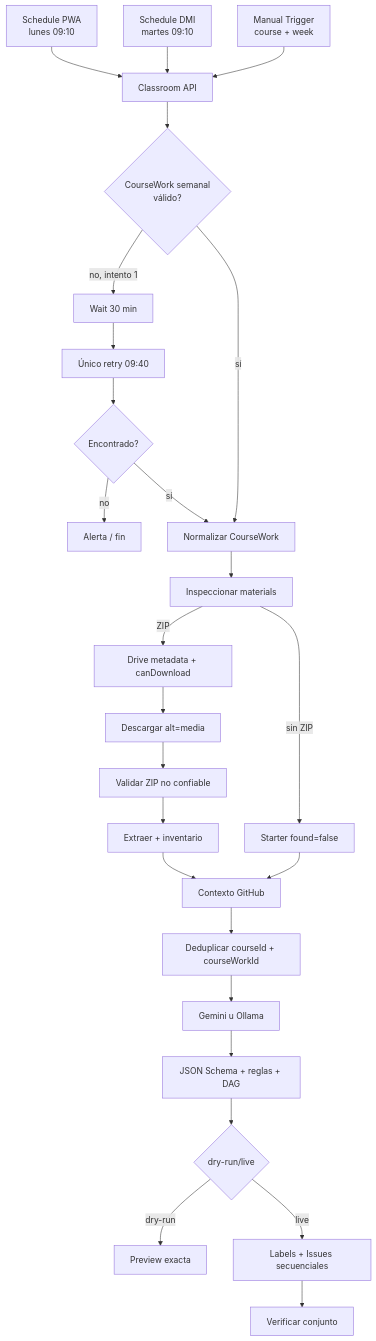
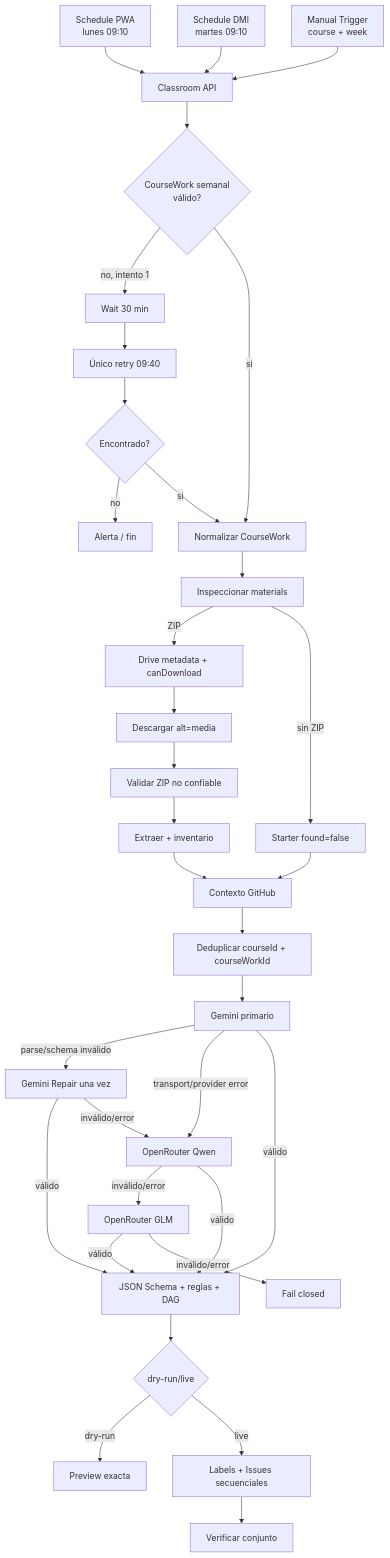
Before and after one commit to Draggodeidad/automation-classrom: the diagram in README.md, drawn with Mermaid. The commit also changed other lines of this file and 32 other files, not shown here.

````diff
--- a/README.md
+++ b/README.md
@@ -7,28 +7,36 @@
 ```mermaid
 flowchart TD
     SP[Schedule PWA\nlunes 09:10] --> C[Classroom API]
     SD[Schedule DMI\nmartes 09:10] --> C
     M[Manual Trigger\ncourse + week] --> C
     C --> F{CourseWork semanal\nválido?}
     F -->|no, intento 1| W[Wait 30 min]
     W --> R[Único retry 09:40]
     R --> F2{Encontrado?}
     F2 -->|no| A[Alerta / fin]
     F -->|sí| CW[Normalizar CourseWork]
     F2 -->|sí| CW
     CW --> MAT[Inspeccionar materials]
     MAT -->|ZIP| DM[Drive metadata + canDownload]
     DM --> DZ[Descargar alt=media]
     DZ --> ZV[Validar ZIP no confiable]
     ZV --> ZX[Extraer + inventario]
     MAT -->|sin ZIP| SC[Starter found=false]
     ZX --> GH[Contexto GitHub]
     SC --> GH
     GH --> ID[Deduplicar courseId + courseWorkId]
-    ID --> LLM[Gemini u Ollama]
-    LLM --> JS[JSON Schema + reglas + DAG]
+    ID --> G[Gemini primario]
+    G -->|parse/schema inválido| GR[Gemini Repair una vez]
+    G -->|transport/provider error| Q[OpenRouter Qwen]
+    GR -->|válido| JS
+    GR -->|inválido/error| Q
+    Q -->|inválido/error| Z[OpenRouter GLM]
+    G -->|válido| JS[JSON Schema + reglas + DAG]
+    Q -->|válido| JS
+    Z -->|válido| JS
+    Z -->|inválido/error| FC[Fail closed]
     JS --> DR{dry-run/live}
     DR -->|dry-run| P[Preview exacta]
     DR -->|live| I[Labels + Issues secuenciales]
     I --> V[Verificar conjunto]
 ```
````
